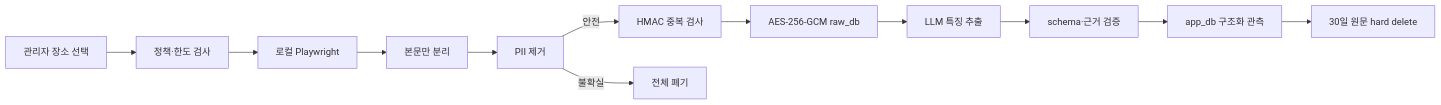
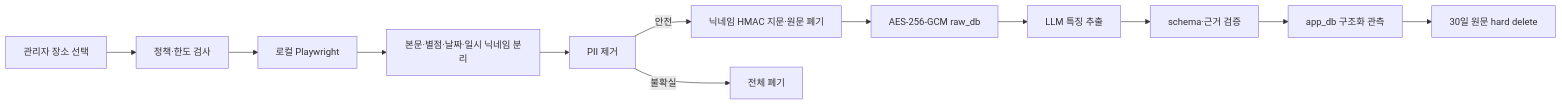
Before and after one commit to minhyeok328/Bread_map: the diagram in docs/07-experiments/review-collection-experiment.md, drawn with Mermaid. The commit also changed other lines of this file and 8 other files, not shown here.

First line of the commit message:
docs(architecture): define data and trust boundaries

````diff
--- a/docs/07-experiments/review-collection-experiment.md
+++ b/docs/07-experiments/review-collection-experiment.md
@@ -101,14 +103,14 @@
 ```mermaid
 flowchart LR
     A["관리자 장소 선택"] --> B["정책·한도 검사"]
     B --> C["로컬 Playwright"]
-    C --> D["본문만 분리"]
+    C --> D["본문·별점·날짜·일시 닉네임 분리"]
     D --> E["PII 제거"]
-    E -->|"안전"| F["HMAC 중복 검사"]
+    E -->|"안전"| F["닉네임 HMAC 지문·원문 폐기"]
     E -->|"불확실"| X["전체 폐기"]
     F --> G["AES-256-GCM raw_db"]
     G --> H["LLM 특징 추출"]
     H --> I["schema·근거 검증"]
     I --> J["app_db 구조화 관측"]
     J --> K["30일 원문 hard delete"]
 ```
````
